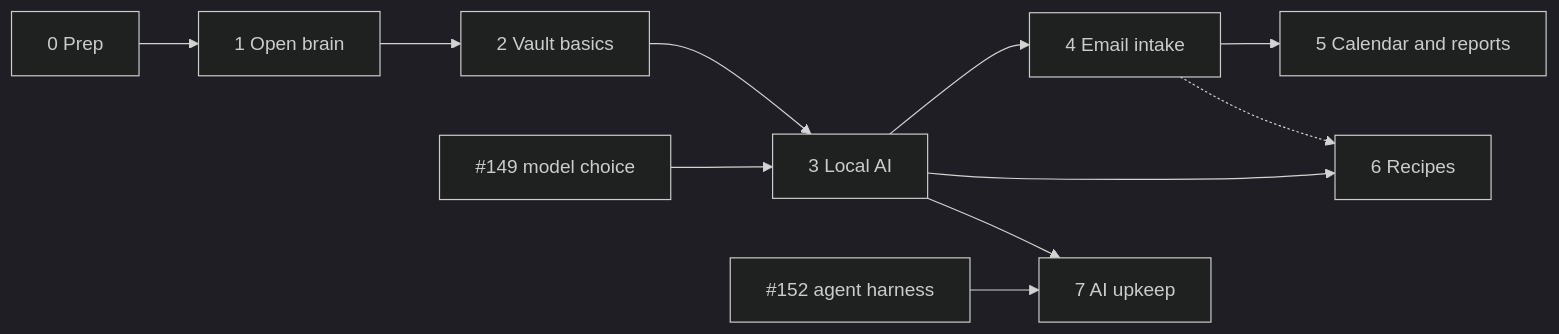
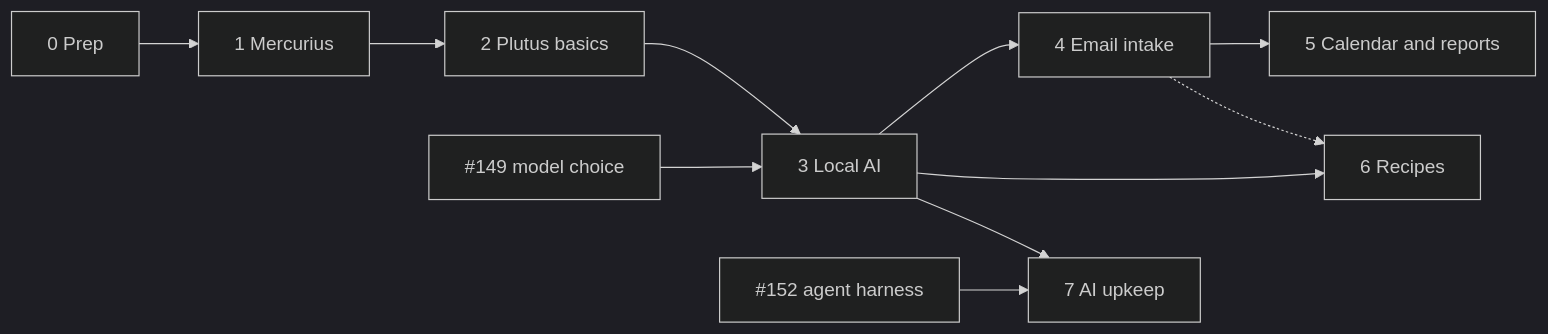
The diagram in automation/plans/roadmap.md (hsimah/the-loft), drawn with Mermaid (dark theme) before and after one commit. The commit also changed other lines of this file and 10 other files, not shown here.

First line of the commit message:
automation: name the wiki Mercurius and the vault Plutus

````diff
--- a/automation/plans/roadmap.md
+++ b/automation/plans/roadmap.md
@@ -5,10 +5,10 @@
 ```mermaid
 flowchart LR
-  p0[0 Prep] --> p1[1 Open brain] --> p2[2 Vault basics] --> p3[3 Local AI]
+  p0[0 Prep] --> p1[1 Mercurius] --> p2[2 Plutus basics] --> p3[3 Local AI]
   p3 --> p4[4 Email intake] --> p5[5 Calendar and reports]
   p3 --> p6[6 Recipes]
   p4 -.-> p6
   p3 --> p7[7 AI upkeep]
   c149[#149 model choice] --> p3
   c152[#152 agent harness] --> p7
 ```
````
